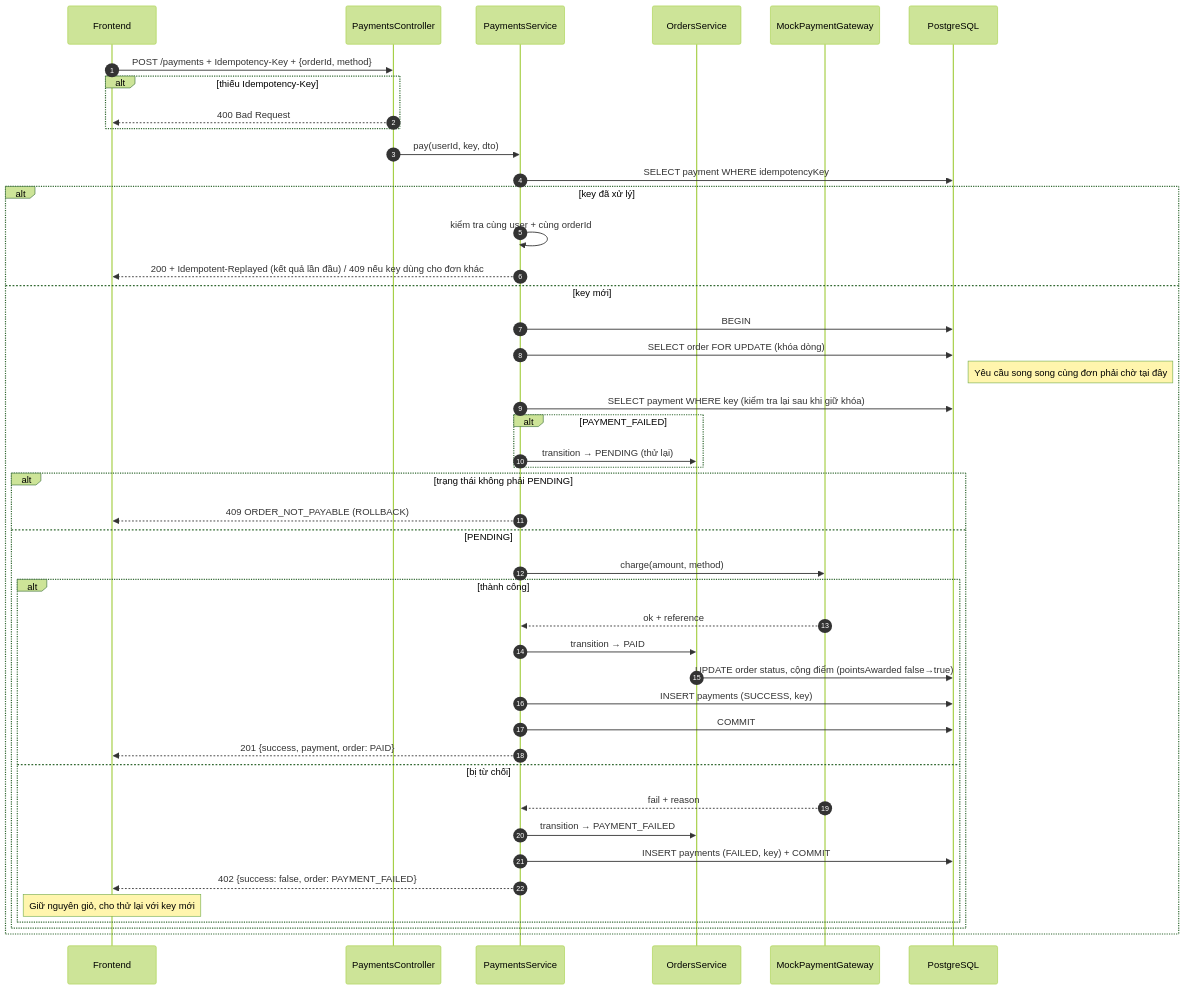
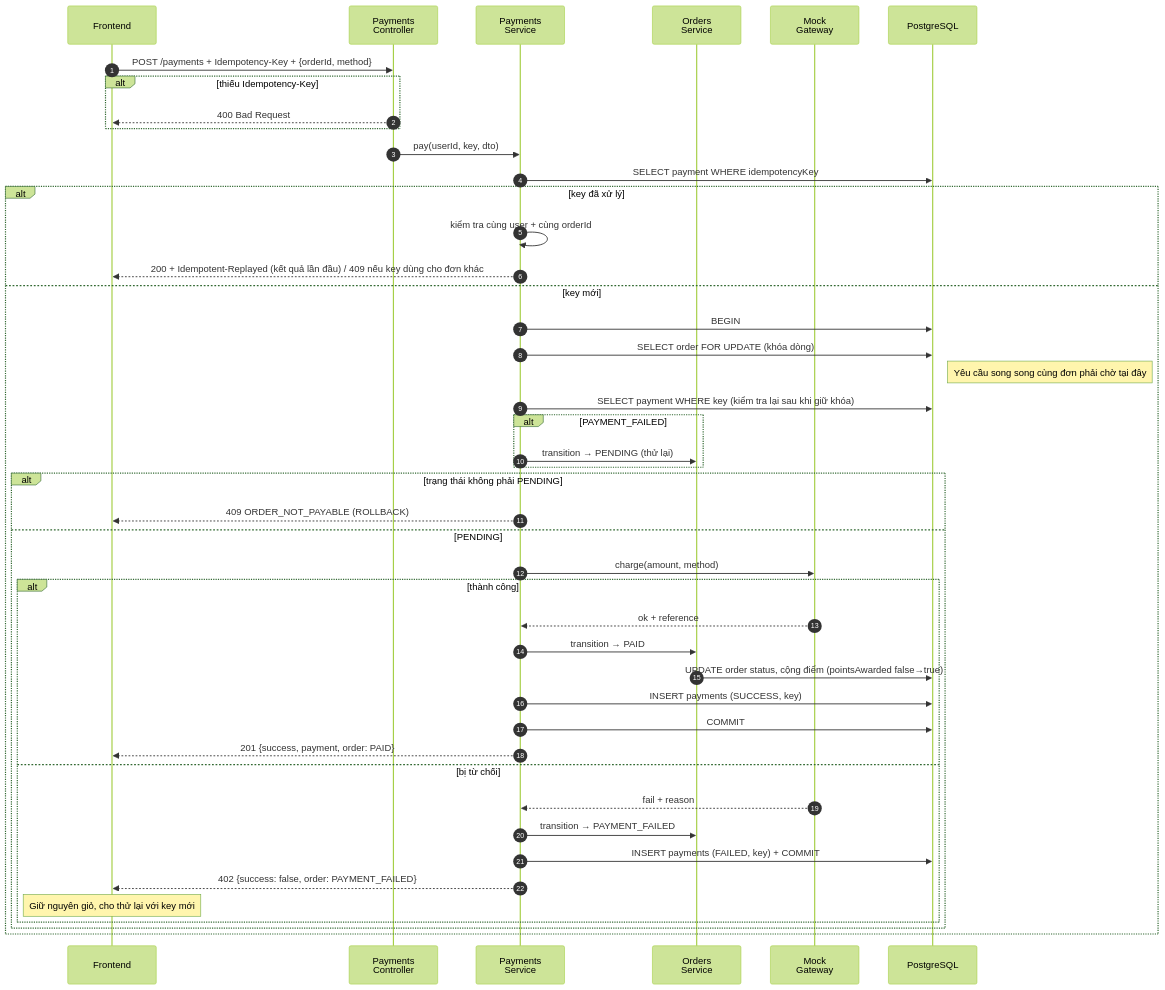
Before and after one commit to kaiqwwp/brewlite: the diagram in report/diagrams/seq-pay.mmd, drawn with Mermaid (forest theme). The commit also changed 45 other files, not shown here.

First line of the commit message:
Docs: diagrams portrait, fill report info, centered cover

```diff
--- a/report/diagrams/seq-pay.mmd
+++ b/report/diagrams/seq-pay.mmd
@@ -1,45 +1,45 @@
 sequenceDiagram
   autonumber
   participant FE as Frontend
-  participant PC as PaymentsController
-  participant PS as PaymentsService
-  participant OS as OrdersService
-  participant GW as MockPaymentGateway
+  participant PC as Payments<br/>Controller
+  participant PS as Payments<br/>Service
+  participant OS as Orders<br/>Service
+  participant GW as Mock<br/>Gateway
   participant DB as PostgreSQL
   FE->>PC: POST /payments + Idempotency-Key + {orderId, method}
   alt thiếu Idempotency-Key
     PC-->>FE: 400 Bad Request
   end
   PC->>PS: pay(userId, key, dto)
   PS->>DB: SELECT payment WHERE idempotencyKey
   alt key đã xử lý
     PS->>PS: kiểm tra cùng user + cùng orderId
     PS-->>FE: 200 + Idempotent-Replayed (kết quả lần đầu) / 409 nếu key dùng cho đơn khác
   else key mới
     PS->>DB: BEGIN
     PS->>DB: SELECT order FOR UPDATE (khóa dòng)
     Note right of DB: Yêu cầu song song cùng đơn phải chờ tại đây
     PS->>DB: SELECT payment WHERE key (kiểm tra lại sau khi giữ khóa)
     alt PAYMENT_FAILED
       PS->>OS: transition → PENDING (thử lại)
     end
     alt trạng thái không phải PENDING
       PS-->>FE: 409 ORDER_NOT_PAYABLE (ROLLBACK)
     else PENDING
       PS->>GW: charge(amount, method)
       alt thành công
         GW-->>PS: ok + reference
         PS->>OS: transition → PAID
         OS->>DB: UPDATE order status, cộng điểm (pointsAwarded false→true)
         PS->>DB: INSERT payments (SUCCESS, key)
         PS->>DB: COMMIT
         PS-->>FE: 201 {success, payment, order: PAID}
       else bị từ chối
         GW-->>PS: fail + reason
         PS->>OS: transition → PAYMENT_FAILED
         PS->>DB: INSERT payments (FAILED, key) + COMMIT
         PS-->>FE: 402 {success: false, order: PAYMENT_FAILED}
         Note over FE: Giữ nguyên giỏ, cho thử lại với key mới
       end
     end
   end
```
